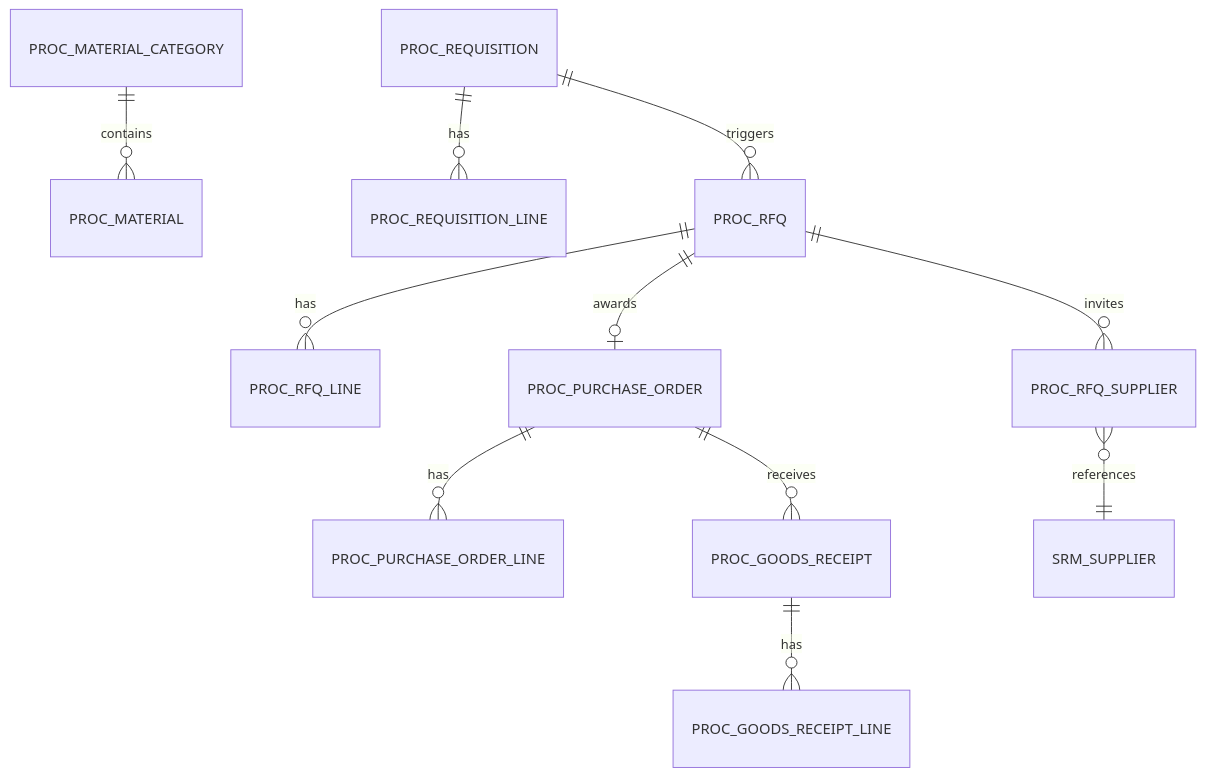
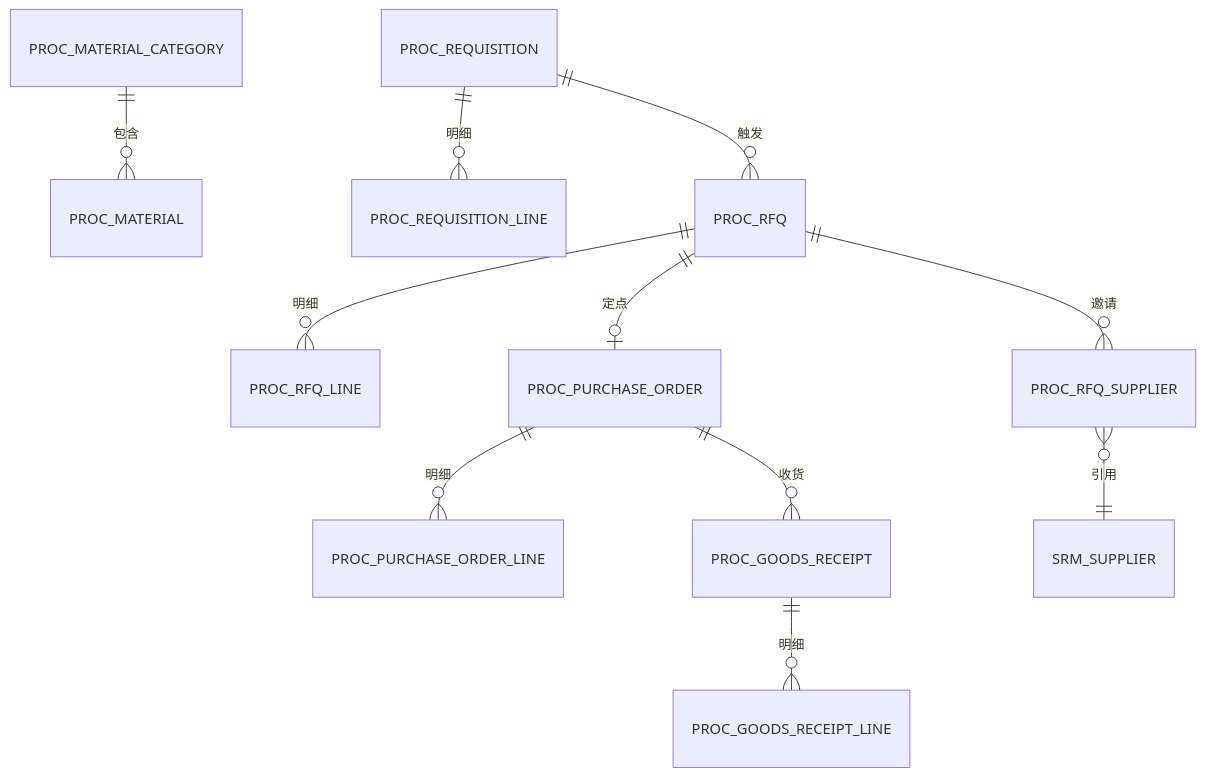
One commit to wang-baohai/Omni-Stack changed the second of 7 diagrams in docs/design/procurement-design.md. Above: the diagram before and after it, drawn with Mermaid. The commit also changed other lines of this file and 1095 other files, not shown here.

````diff
--- a/docs/design/procurement-design.md
+++ b/docs/design/procurement-design.md
@@ -98,13 +107,13 @@
 ```mermaid
 erDiagram
-    PROC_MATERIAL_CATEGORY ||--o{ PROC_MATERIAL : contains
-    PROC_REQUISITION ||--o{ PROC_REQUISITION_LINE : has
-    PROC_REQUISITION ||--o{ PROC_RFQ : triggers
-    PROC_RFQ ||--o{ PROC_RFQ_LINE : has
-    PROC_RFQ ||--o{ PROC_RFQ_SUPPLIER : invites
-    PROC_RFQ ||--o| PROC_PURCHASE_ORDER : awards
-    PROC_PURCHASE_ORDER ||--o{ PROC_PURCHASE_ORDER_LINE : has
-    PROC_PURCHASE_ORDER ||--o{ PROC_GOODS_RECEIPT : receives
-    PROC_GOODS_RECEIPT ||--o{ PROC_GOODS_RECEIPT_LINE : has
-    PROC_RFQ_SUPPLIER }o--|| SRM_SUPPLIER : references
+    PROC_MATERIAL_CATEGORY ||--o{ PROC_MATERIAL : 包含
+    PROC_REQUISITION ||--o{ PROC_REQUISITION_LINE : 明细
+    PROC_REQUISITION ||--o{ PROC_RFQ : 触发
+    PROC_RFQ ||--o{ PROC_RFQ_LINE : 明细
+    PROC_RFQ ||--o{ PROC_RFQ_SUPPLIER : 邀请
+    PROC_RFQ ||--o| PROC_PURCHASE_ORDER : 定点
+    PROC_PURCHASE_ORDER ||--o{ PROC_PURCHASE_ORDER_LINE : 明细
+    PROC_PURCHASE_ORDER ||--o{ PROC_GOODS_RECEIPT : 收货
+    PROC_GOODS_RECEIPT ||--o{ PROC_GOODS_RECEIPT_LINE : 明细
+    PROC_RFQ_SUPPLIER }o--|| SRM_SUPPLIER : 引用
 ```
````
